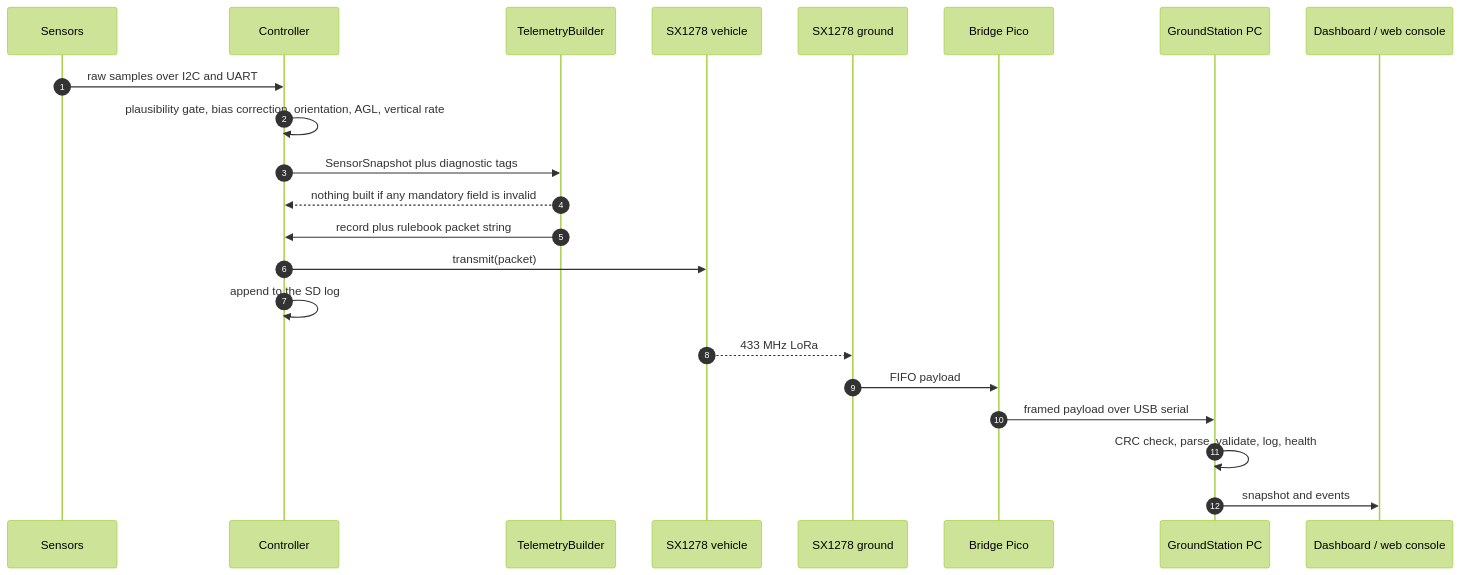
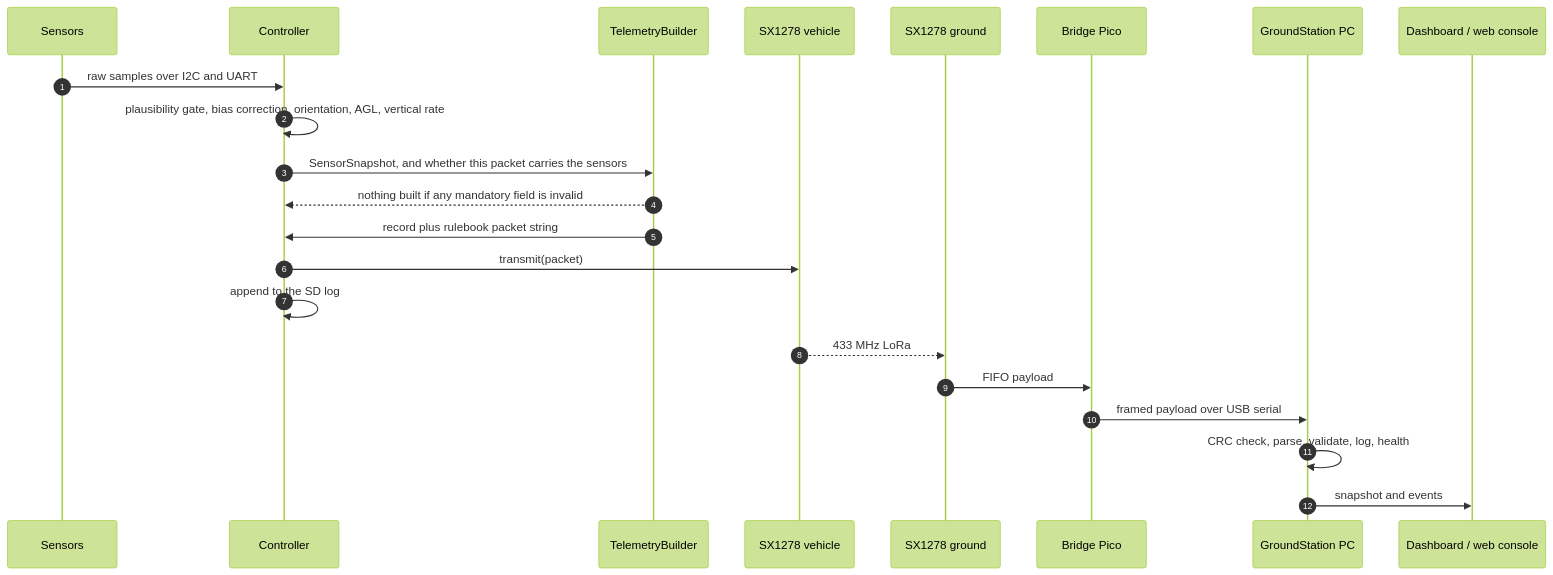
One commit to KunjSorathiya/CanSat-2026 changed the second of 9 diagrams in documentation/design/software-architecture.md. Above: the diagram before and after it, drawn with Mermaid (forest theme). The commit also changed other lines of this file and 6 other files, not shown here.

````diff
--- a/documentation/design/software-architecture.md
+++ b/documentation/design/software-architecture.md
@@ -144,25 +144,25 @@
 ```mermaid
 sequenceDiagram
     autonumber
     participant S as Sensors
     participant C as Controller
     participant B as TelemetryBuilder
     participant R as SX1278 vehicle
     participant P as SX1278 ground
     participant G as Bridge Pico
     participant A as GroundStation PC
     participant U as Dashboard / web console
 
     S->>C: raw samples over I2C and UART
     C->>C: plausibility gate, bias correction, orientation, AGL, vertical rate
-    C->>B: SensorSnapshot plus diagnostic tags
+    C->>B: SensorSnapshot, and whether this packet carries the sensors
     B-->>C: nothing built if any mandatory field is invalid
     B->>C: record plus rulebook packet string
     C->>R: transmit(packet)
     C->>C: append to the SD log
     R-->>P: 433 MHz LoRa
     P->>G: FIFO payload
     G->>A: framed payload over USB serial
     A->>A: CRC check, parse, validate, log, health
     A->>U: snapshot and events
 ```
````
